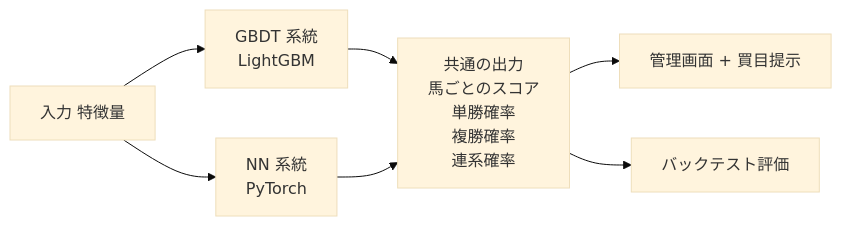
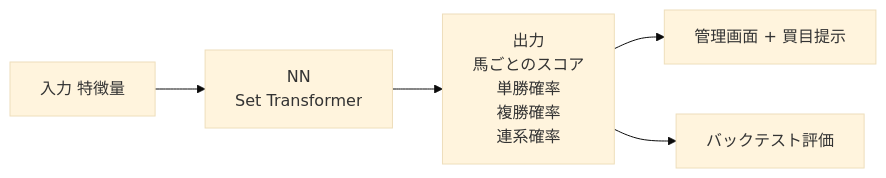
Before and after one commit to kosei-matsuzaki/keiba-ai: the first of 2 diagrams in docs/ai-model.md, drawn with Mermaid (base theme). The commit also changed other lines of this file and 23 other files, not shown here.

````diff
--- a/docs/ai-model.md
+++ b/docs/ai-model.md
@@ -30,9 +23,7 @@
 ```mermaid
 flowchart LR
-    F[入力 特徴量] --> GBDT[GBDT 系統<br/>LightGBM]
-    F --> NN[NN 系統<br/>PyTorch]
-    GBDT --> O[共通の出力<br/>馬ごとのスコア<br/>単勝確率<br/>複勝確率<br/>連系確率]
-    NN --> O
+    F[入力 特徴量] --> NN[NN<br/>Set Transformer]
+    NN --> O[出力<br/>馬ごとのスコア<br/>単勝確率<br/>複勝確率<br/>連系確率]
     O --> UI[管理画面 + 買目提示]
     O --> EV[バックテスト評価]
 ```
````
